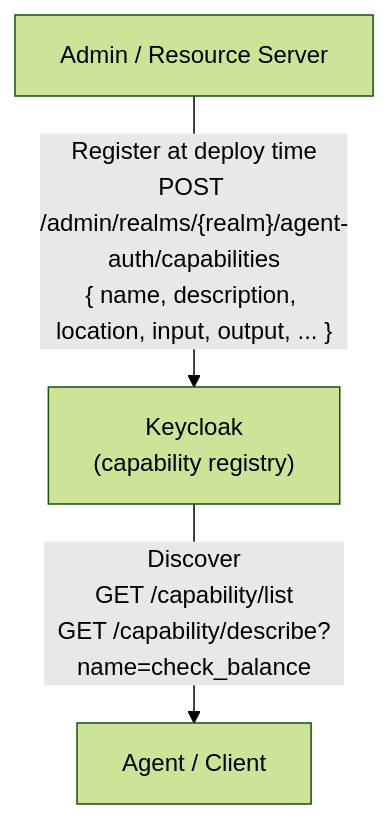
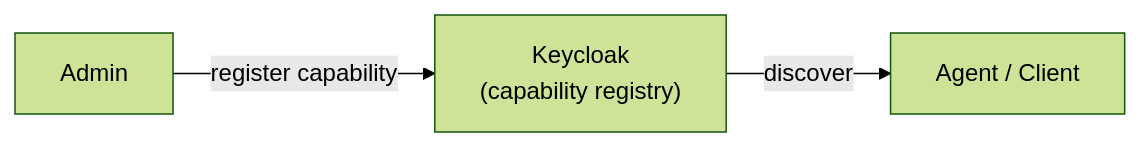
Before and after one commit to chenhunghan/keycloak-agent-auth: the second of 2 diagrams in README.md, drawn with Mermaid (forest theme). The commit also changed other lines of this file, not shown here.

First line of the commit message:
docs: simplify README diagrams to pure topology

````diff
--- a/README.md
+++ b/README.md
@@ -89,9 +89,9 @@
 ```mermaid
-flowchart TB
-    Admin["Admin / Resource Server"]
+flowchart LR
+    Admin["Admin"]
     KC["Keycloak<br/>(capability registry)"]
     Client["Agent / Client"]
 
-    Admin -->|"Register at deploy time<br/>POST /admin/realms/{realm}/agent-auth/capabilities<br/>{ name, description, location, input, output, ... }"| KC
-    KC -->|"Discover<br/>GET /capability/list<br/>GET /capability/describe?name=check_balance"| Client
+    Admin -->|register capability| KC
+    KC -->|discover| Client
 ```
````
